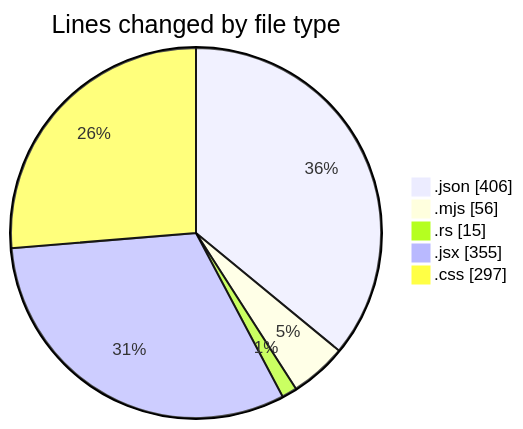
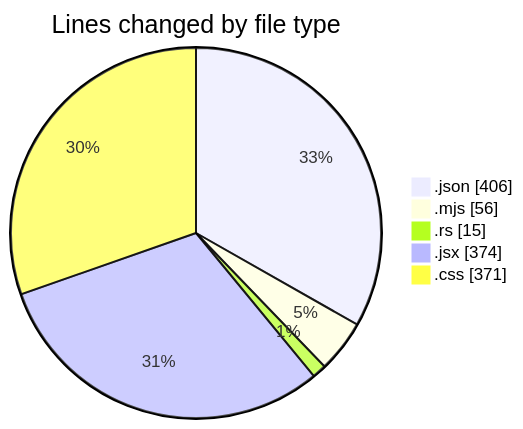
The first of 2 diagrams in 2025-01-28/trollerboard/README.md (charlie-sans/code-tracking), drawn with Mermaid before and after one commit. The commit also changed other lines of this file and 1 other file, not shown here.

````diff
--- a/2025-01-28/trollerboard/README.md
+++ b/2025-01-28/trollerboard/README.md
@@ -25,9 +25,9 @@
 ```mermaid
 pie showData
 title Lines changed by file type
 ".json" : 406
 ".mjs" : 56
 ".rs" : 15
-".jsx" : 355
-".css" : 297
+".jsx" : 374
+".css" : 371
 ```
````
